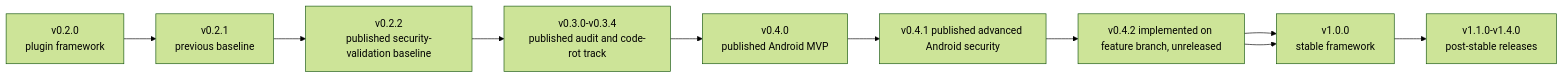
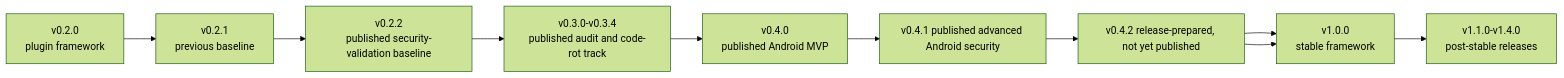
One commit to dailephd/my-dev-kit-lab changed the first of 2 diagrams in docs/ROADMAP.md. Above: the diagram before and after it, drawn with Mermaid (forest theme). The commit also changed other lines of this file and 8 other files, not shown here.

````diff
--- a/docs/ROADMAP.md
+++ b/docs/ROADMAP.md
@@ -9,11 +9,11 @@
 ```mermaid
 flowchart LR
   A[v0.2.0<br/>plugin framework] --> B[v0.2.1<br/>previous baseline]
   B --> C[v0.2.2<br/>published security-validation baseline]
   C --> D[v0.3.0-v0.3.4<br/>published audit and code-rot track]
   D --> E[v0.4.0<br/>published Android MVP]
-  E --> F[v0.4.1 published advanced Android security] --> G[v0.4.2 implemented on feature branch, unreleased]
+  E --> F[v0.4.1 published advanced Android security] --> G[v0.4.2 release-prepared, not yet published]
   G --> H[individual v0.5.0 through v0.9.2<br/>experiment evidence releases]
   G --> H[v1.0.0<br/>stable framework]
   H --> I[v1.1.0-v1.4.0<br/>post-stable releases]
 ```
````
